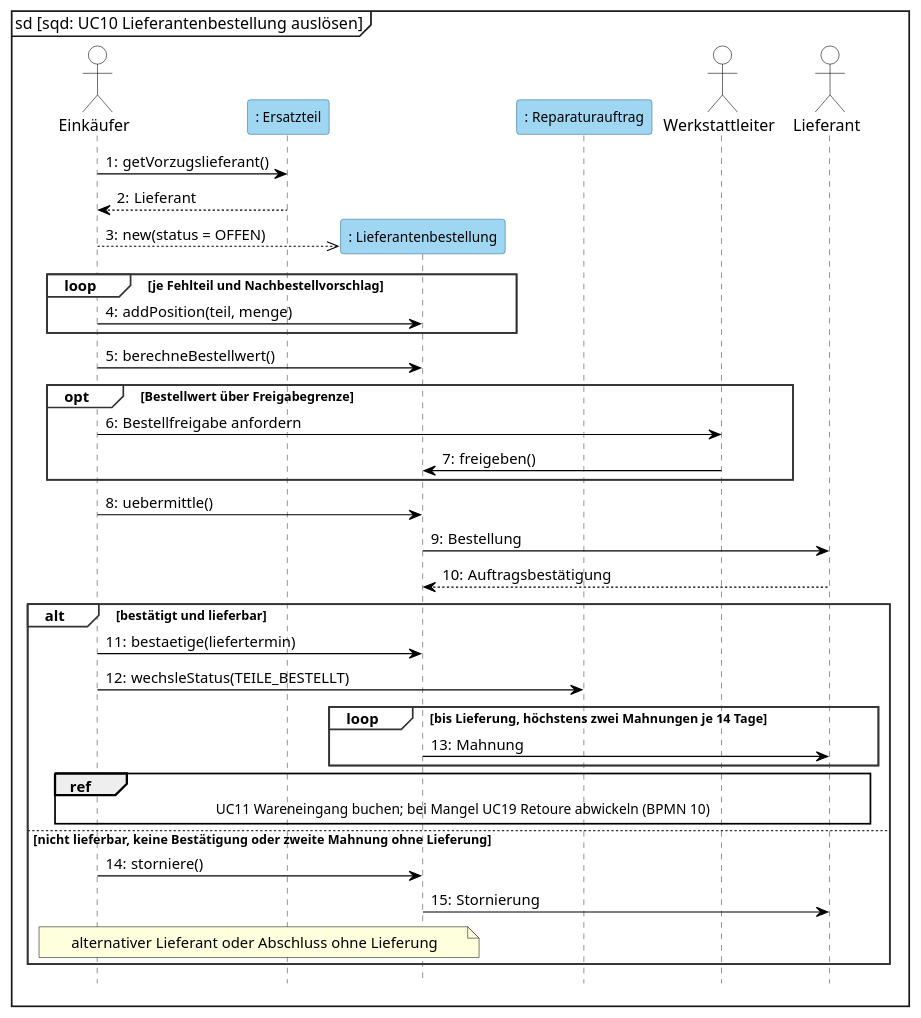
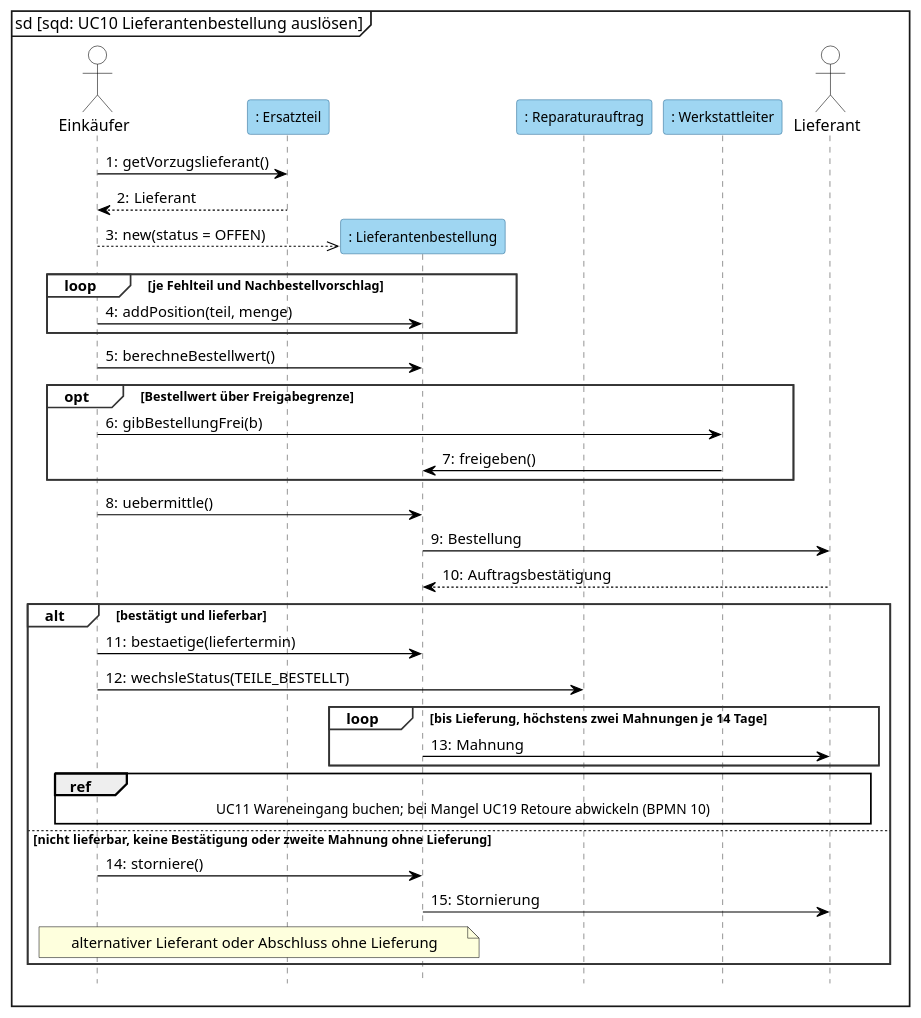
The diagram in 2_uml/entwurf-plantuml/sequenz-06-nachbestellvorschlag.puml (jakobschwan123-cmd/casestudy-semester-3), drawn with PlantUML before and after one commit. The commit also changed 4 other files, not shown here.

```diff
--- a/2_uml/entwurf-plantuml/sequenz-06-nachbestellvorschlag.puml
+++ b/2_uml/entwurf-plantuml/sequenz-06-nachbestellvorschlag.puml
@@ -1,59 +1,59 @@
 @startuml
 ' BPMN: p06-ersatzteilbestellung.bpmn. Kernablauf: bündeln, freigeben, bestellen, bestätigen oder stornieren, höchstens zwei Mahnungen (E-22, E-27).
 ' Darstellung wie in Visual Paradigm: Objekterzeugung als gestrichelter Pfeil auf den Kopfkasten (Kasten sitzt auf Nachrichtenhöhe, VL 6 Folie 5-70), kein <<create>>-Text.
 mainframe sd [sqd: UC10 Lieferantenbestellung auslösen]
 skinparam defaultFontName Arial
 skinparam sequenceMessageAlign left
 skinparam maxMessageSize 170
 skinparam shadowing false
 skinparam sequence {
   ParticipantBackgroundColor #9FD6F2
   ParticipantBorderColor #2E6E99
   ParticipantFontSize 12
   ActorBackgroundColor white
   ActorBorderColor black
   LifeLineBorderColor #444444
   LifeLineBackgroundColor #9FD6F2
   GroupBorderColor #333333
   GroupBackgroundColor white
   GroupHeaderFontStyle bold
   ArrowColor black
 }
 hide footbox
 autonumber "0:"
 
 actor "Einkäufer" as E
 participant ": Ersatzteil" as ET
 participant ": Lieferantenbestellung" as BEST
 participant ": Reparaturauftrag" as RA
-actor Werkstattleiter as WL
+participant ": Werkstattleiter" as WL
 actor Lieferant
 
 E -> ET : getVorzugslieferant()
 ET --> E : Lieferant
 create BEST
 E -->> BEST : new(status = OFFEN)
 loop je Fehlteil und Nachbestellvorschlag
     E -> BEST : addPosition(teil, menge)
 end
 E -> BEST : berechneBestellwert()
 opt Bestellwert über Freigabegrenze
-    E -> WL : Bestellfreigabe anfordern
+    E -> WL : gibBestellungFrei(b)
     WL -> BEST : freigeben()
 end
 E -> BEST : uebermittle()
 BEST -> Lieferant : Bestellung
 Lieferant --> BEST : Auftragsbestätigung
 alt bestätigt und lieferbar
     E -> BEST : bestaetige(liefertermin)
     E -> RA : wechsleStatus(TEILE_BESTELLT)
     loop bis Lieferung, höchstens zwei Mahnungen je 14 Tage
         BEST -> Lieferant : Mahnung
     end
     ref over E, BEST, Lieferant : UC11 Wareneingang buchen; bei Mangel UC19 Retoure abwickeln (BPMN 10)
 else nicht lieferbar, keine Bestätigung oder zweite Mahnung ohne Lieferung
     E -> BEST : storniere()
     BEST -> Lieferant : Stornierung
     note over E, BEST : alternativer Lieferant oder Abschluss ohne Lieferung
 end
 @enduml
```
